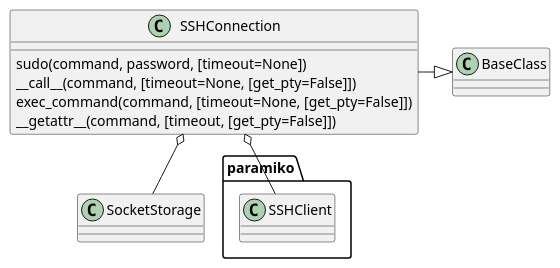
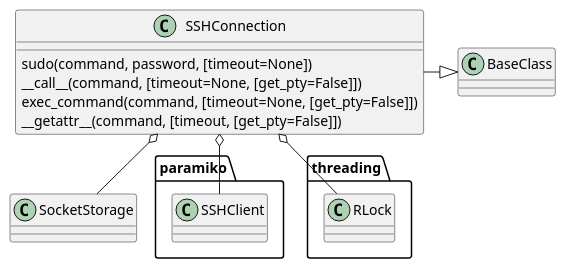
One commit to russell-n/theape changed the first of 2 diagrams in ape/parts/connections/sshconnection.rst. Above: the diagram before and after it, drawn with PlantUML. The commit also changed other lines of this file and 44 other files, not shown here.

```diff
--- a/ape/parts/connections/sshconnection.rst
+++ b/ape/parts/connections/sshconnection.rst
@@ -23,9 +75,10 @@
 .. uml::
 
    SSHConnection -|> BaseClass
    SSHConnection o-- paramiko.SSHClient
    SSHConnection o-- SocketStorage
    SSHConnection : sudo(command, password, [timeout=None])
    SSHConnection : __call__(command, [timeout=None, [get_pty=False]])
    SSHConnection : exec_command(command, [timeout=None, [get_pty=False]])
    SSHConnection : __getattr__(command, [timeout, [get_pty=False]])
+   SSHConnection o-- threading.RLock
```
